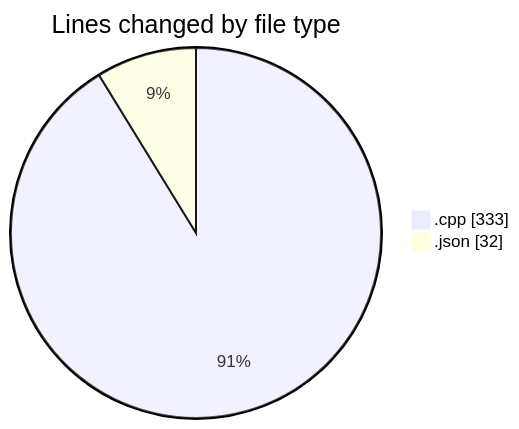
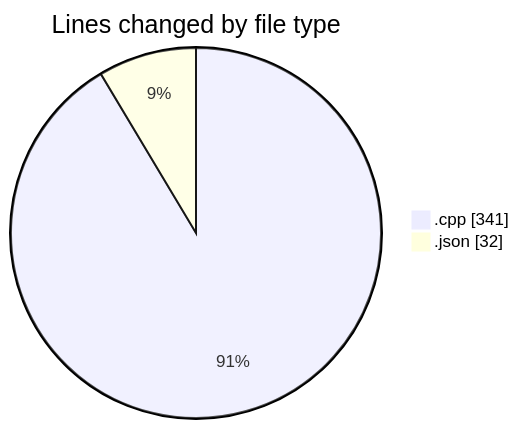
One commit to Netris89/code-tracking changed the first of 2 diagrams in 2025-04-23/echo/README.md. Above: the diagram before and after it, drawn with Mermaid. The commit also changed other lines of this file and 1 other file, not shown here.

````diff
--- a/2025-04-23/echo/README.md
+++ b/2025-04-23/echo/README.md
@@ -21,6 +21,6 @@
 ```mermaid
 pie showData
 title Lines changed by file type
-".cpp" : 333
+".cpp" : 341
 ".json" : 32
 ```
````
